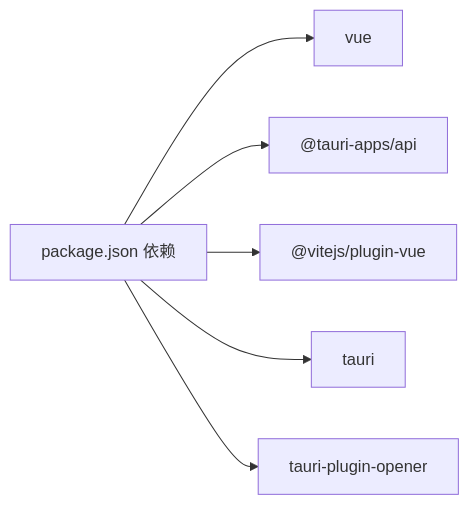
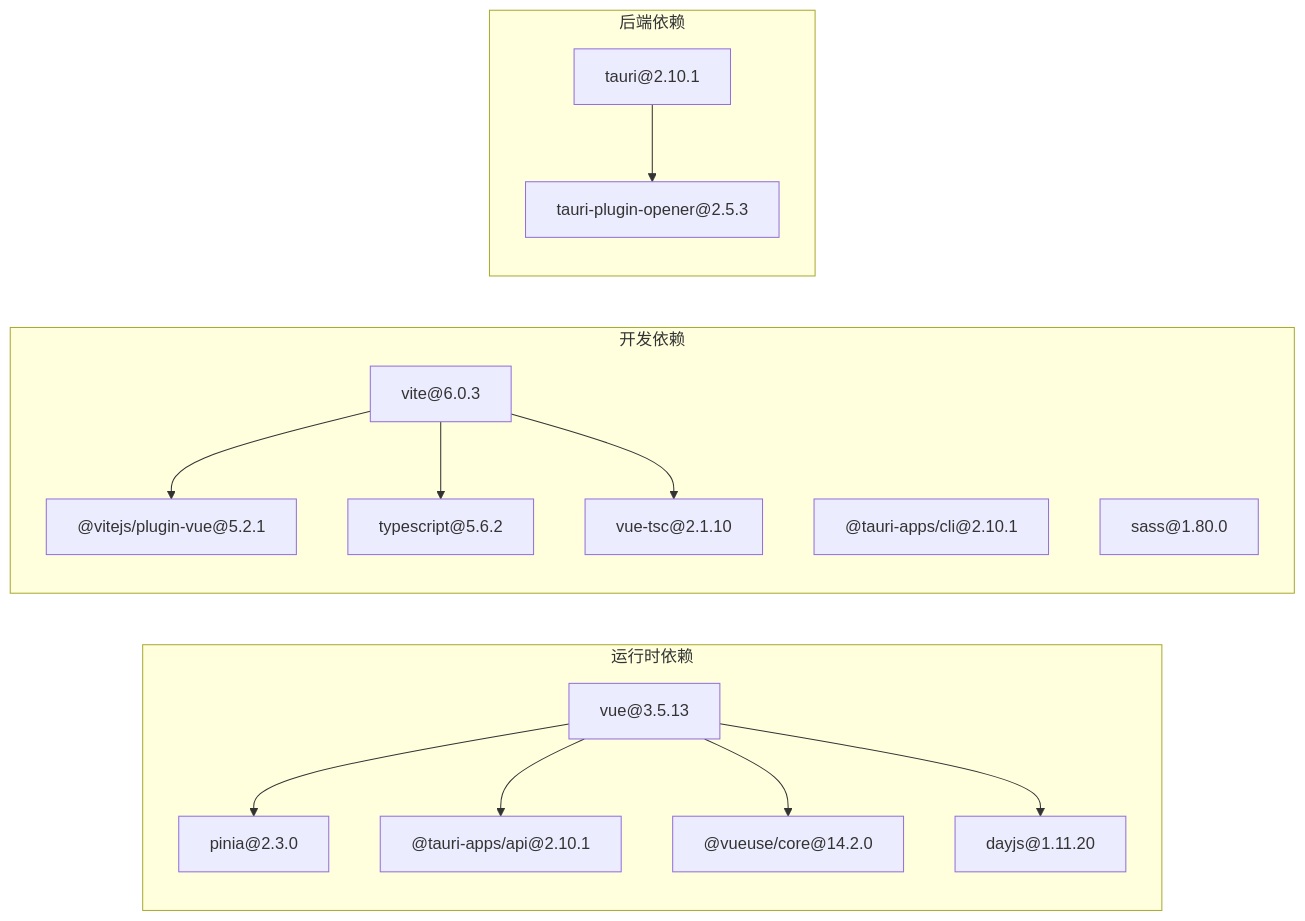
Before and after one commit to LStkTrail/easy-trade-assistant: the eighth of 8 diagrams in .qoder/repowiki/zh/content/架构设计/前端架构.md, drawn with Mermaid. The commit also changed other lines of this file and 780 other files, not shown here.

````diff
--- a/.qoder/repowiki/zh/content/架构设计/前端架构.md
+++ b/.qoder/repowiki/zh/content/架构设计/前端架构.md
@@ -345,14 +416,30 @@
 ```mermaid
 graph LR
-Pkg["package.json 依赖"]
-Vue["vue"]
-Api["@tauri-apps/api"]
-VPlugin["@vitejs/plugin-vue"]
-Tauri["tauri"]
-Opn["tauri-plugin-opener"]
-Pkg --> Vue
-Pkg --> Api
-Pkg --> VPlugin
-Pkg --> Tauri
-Pkg --> Opn
+subgraph "运行时依赖"
+Vue["vue@3.5.13"]
+Pinia["pinia@2.3.0"]
+TauriAPI["@tauri-apps/api@2.10.1"]
+VueUse["@vueuse/core@14.2.0"]
+DayJS["dayjs@1.11.20"]
+end
+subgraph "开发依赖"
+Vite["vite@6.0.3"]
+VuePlugin["@vitejs/plugin-vue@5.2.1"]
+TS["typescript@5.6.2"]
+VueTSC["vue-tsc@2.1.10"]
+TauriCLI["@tauri-apps/cli@2.10.1"]
+Sass["sass@1.80.0"]
+end
+subgraph "后端依赖"
+Tauri["tauri@2.10.1"]
+Opener["tauri-plugin-opener@2.5.3"]
+end
+Vue --> Pinia
+Vue --> TauriAPI
+Vue --> VueUse
+Vue --> DayJS
+Vite --> VuePlugin
+Vite --> TS
+Vite --> VueTSC
+Tauri --> Opener
 ```
````
